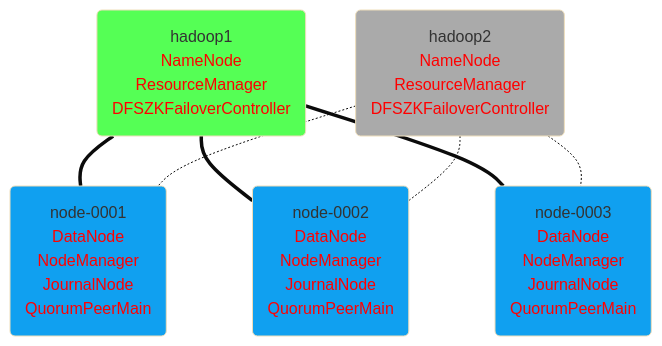
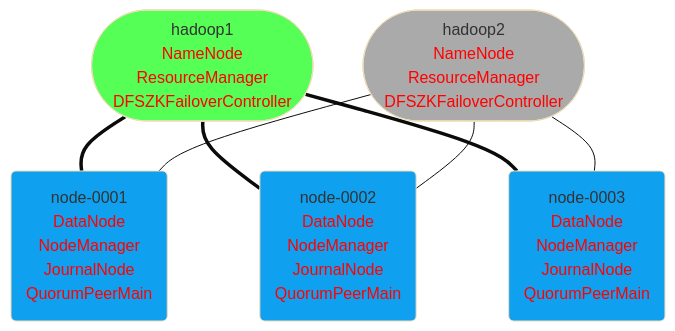
One commit to byy1679/cloud changed the second of 2 diagrams in ARCHITECTURE/05/hadoop-03.md. Above: the diagram before and after it, drawn with Mermaid (base theme). The commit also changed other lines of this file and 4 other files, not shown here.

````diff
--- a/ARCHITECTURE/05/hadoop-03.md
+++ b/ARCHITECTURE/05/hadoop-03.md
@@ -122,19 +115,14 @@
 ```mermaid
 graph TB
-NN1(hadoop1<br><font color=ff0000>NameNode<br>ResourceManager<br>DFSZKFailoverController</font>)
-NN2(hadoop2<br><font color=ff0000>NameNode<br>ResourceManager<br>DFSZKFailoverController</font>)
+NN1([hadoop1<br><font color=ff0000>NameNode<br>ResourceManager<br>DFSZKFailoverController</font>])
+NN2([hadoop2<br><font color=ff0000>NameNode<br>ResourceManager<br>DFSZKFailoverController</font>])
 D1(node-0001<br><font color=ff0000>DataNode<br>NodeManager<br>JournalNode<br>QuorumPeerMain</font>)
 D2(node-0002<br><font color=ff0000>DataNode<br>NodeManager<br>JournalNode<br>QuorumPeerMain</font>)
 D3(node-0003<br><font color=ff0000>DataNode<br>NodeManager<br>JournalNode<br>QuorumPeerMain</font>)
+NN1 === D1 & D2 & D3
+NN2 --- D1 & D2 & D3
 style NN1 fill:#55ff55
 style NN2 fill:#aaaaaa
-style D1 fill:#10a0f0
-style D2 fill:#10a0f0
-style D3 fill:#10a0f0
-NN1 === D1
-NN1 === D2
-NN1 === D3
-NN2 -.- D1
-NN2 -.- D2
-NN2 -.- D3
+classDef BG fill:#10a0f0
+class D1,D2,D3 BG
 ```
````
